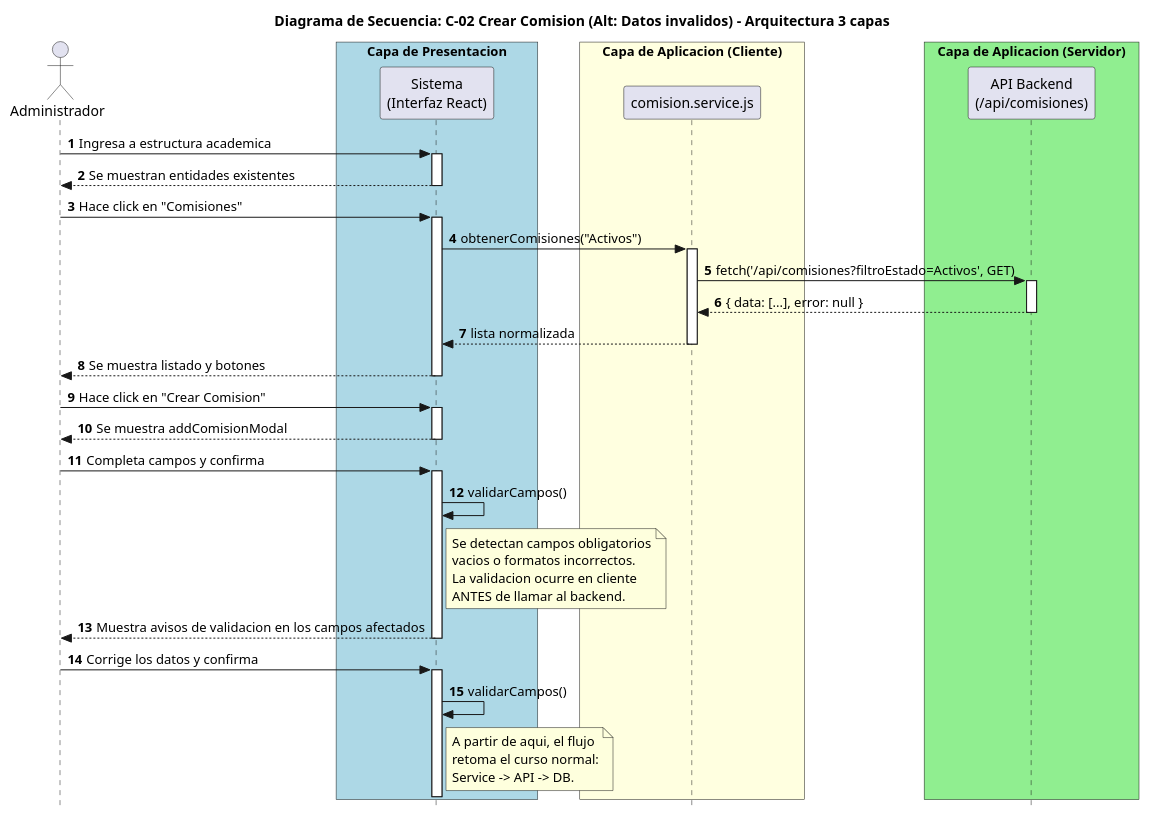
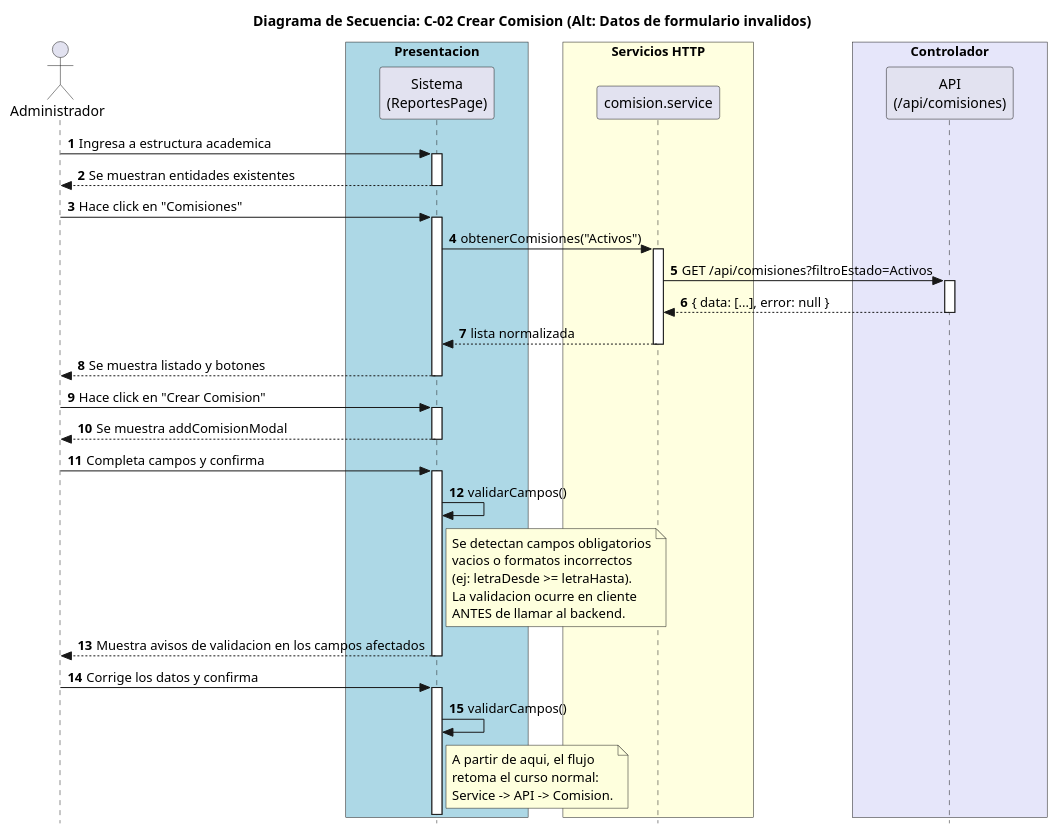
The diagram in docs/puml/actualizacion_claude/C-02 Crear Comision (Datos de formulario invalidos).puml (SantiagoScetti/sic-unne-admin), drawn with PlantUML before and after one commit. The commit also changed 11 other files, not shown here.

Commit message:
Refinamiento de codigos de diagramas de secuencia, de diagrama de entidad relacion, actualizaciones en el plan de accion

```diff
--- a/docs/puml/actualizacion_claude/C-02 Crear Comision (Datos de formulario invalidos).puml
+++ b/docs/puml/actualizacion_claude/C-02 Crear Comision (Datos de formulario invalidos).puml
@@ -1,73 +1,74 @@
 @startuml
 
-title Diagrama de Secuencia: C-02 Crear Comision (Alt: Datos invalidos) - Arquitectura 3 capas
+title Diagrama de Secuencia: C-02 Crear Comision (Alt: Datos de formulario invalidos)
 
 skinparam style strictuml
-skinparam ParticipantPadding 40
-skinparam BoxPadding 20
+skinparam ParticipantPadding 30
+skinparam BoxPadding 12
 
 autonumber
 
 actor Administrador
 
-box "Capa de Presentacion" #LightBlue
-  participant "Sistema\n(Interfaz React)" as Interfaz
+box "Presentacion" #LightBlue
+  participant "Sistema\n(ReportesPage)" as Interfaz
 end box
 
-box "Capa de Aplicacion (Cliente)" #LightYellow
-  participant "comision.service.js" as Service
+box "Servicios HTTP" #LightYellow
+  participant "comision.service" as Service
 end box
 
-box "Capa de Aplicacion (Servidor)" #LightGreen
-  participant "API Backend\n(/api/comisiones)" as API
+box "Controlador" #Lavender
+  participant "API\n(/api/comisiones)" as API
 end box
 
 Administrador -> Interfaz: Ingresa a estructura academica
 activate Interfaz
 Interfaz --> Administrador: Se muestran entidades existentes
 deactivate Interfaz
 
 Administrador -> Interfaz: Hace click en "Comisiones"
 activate Interfaz
 Interfaz -> Service: obtenerComisiones("Activos")
 activate Service
-Service -> API: fetch('/api/comisiones?filtroEstado=Activos', GET)
+Service -> API: GET /api/comisiones?filtroEstado=Activos
 activate API
 API --> Service: { data: [...], error: null }
 deactivate API
 Service --> Interfaz: lista normalizada
 deactivate Service
 Interfaz --> Administrador: Se muestra listado y botones
 deactivate Interfaz
 
 Administrador -> Interfaz: Hace click en "Crear Comision"
 activate Interfaz
 Interfaz --> Administrador: Se muestra addComisionModal
 deactivate Interfaz
 
 Administrador -> Interfaz: Completa campos y confirma
 activate Interfaz
 
 Interfaz -> Interfaz: validarCampos()
 
 note right of Interfaz
   Se detectan campos obligatorios
-  vacios o formatos incorrectos.
+  vacios o formatos incorrectos
+  (ej: letraDesde >= letraHasta).
   La validacion ocurre en cliente
   ANTES de llamar al backend.
 end note
 
 Interfaz --> Administrador: Muestra avisos de validacion en los campos afectados
 deactivate Interfaz
 
 Administrador -> Interfaz: Corrige los datos y confirma
 activate Interfaz
 Interfaz -> Interfaz: validarCampos()
 
 note right of Interfaz
   A partir de aqui, el flujo
   retoma el curso normal:
-  Service -> API -> DB.
+  Service -> API -> Comision.
 end note
 
 @enduml
```
